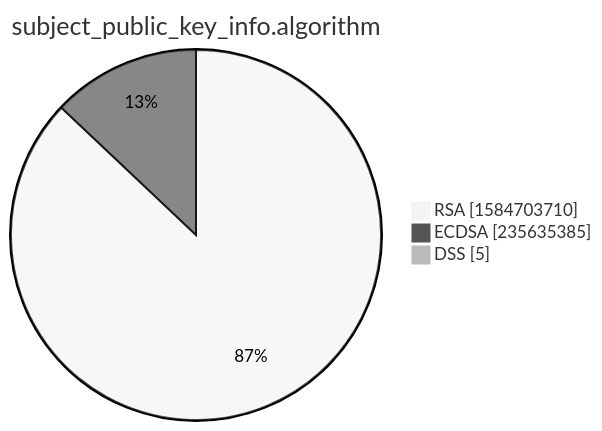
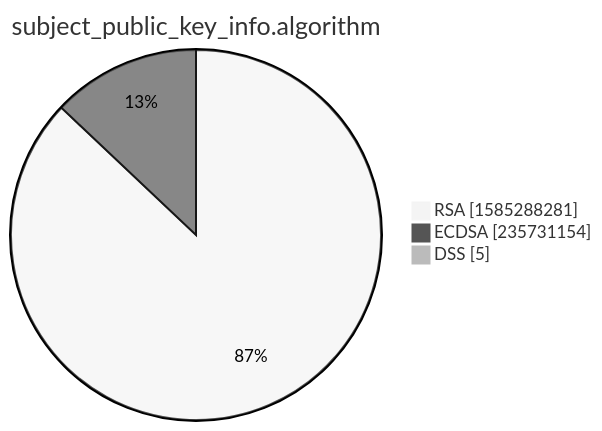
The third of 15 diagrams in xenon2022/README.md (christiankrug/ctmonitor_visualization), drawn with Mermaid (neutral theme) before and after one commit. The commit also changed other lines of this file, not shown here.

````diff
--- a/xenon2022/README.md
+++ b/xenon2022/README.md
@@ -14,7 +14,7 @@
 ```mermaid
 pie showData
 title subject_public_key_info.algorithm
-"RSA" :1584703710
-"ECDSA" :235635385
+"RSA" :1585288281
+"ECDSA" :235731154
 "DSS" :5
 ```
````
